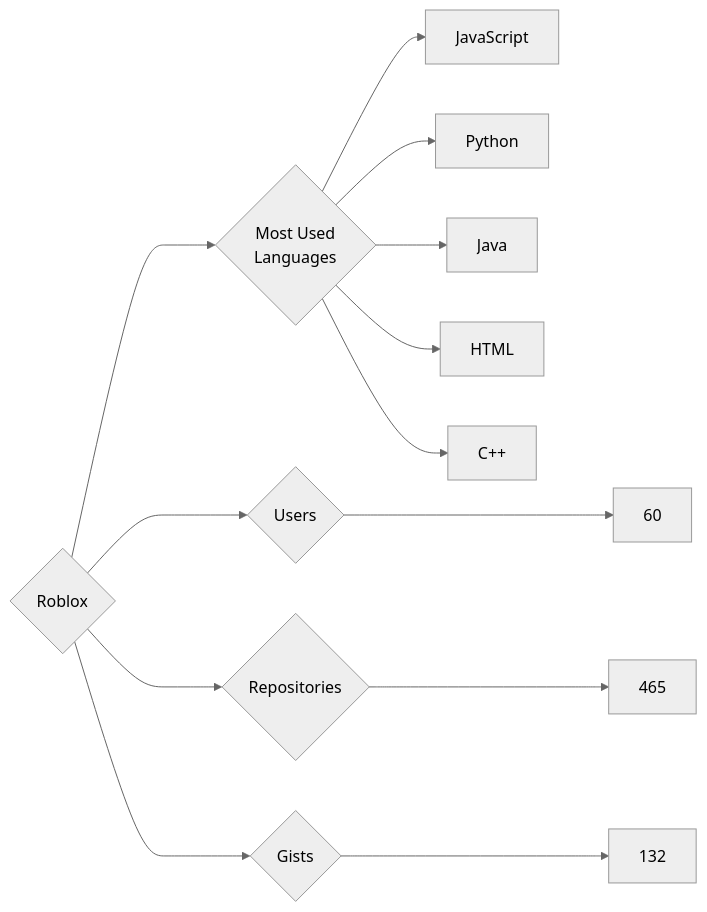
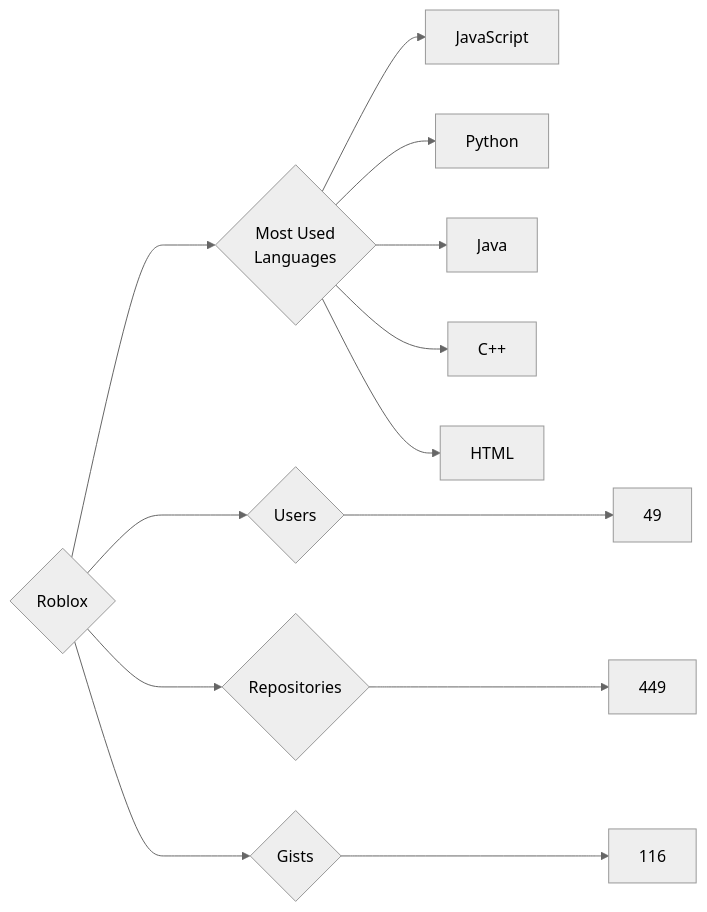
The diagram in targets/Roblox/README.md (trickest/insiders), drawn with Mermaid (neutral theme) before and after one commit. The commit also changed 939 other files, not shown here.

````diff
--- a/targets/Roblox/README.md
+++ b/targets/Roblox/README.md
@@ -3,13 +3,13 @@
 ```mermaid
 graph LR
 COMPANY_NAME{Roblox}
-COMPANY_NAME ---> U{Users} ---> UN[60]
-COMPANY_NAME ---> R{Repositories} ---> RN[465]
-COMPANY_NAME ---> G{Gists} ---> GN[132]
+COMPANY_NAME ---> U{Users} ---> UN[49]
+COMPANY_NAME ---> R{Repositories} ---> RN[449]
+COMPANY_NAME ---> G{Gists} ---> GN[116]
 COMPANY_NAME ---> ML{Most Used<br>Languages}
 ML --> JavaScript[JavaScript]
 ML --> Python[Python]
 ML --> Java[Java]
+ML --> C++[C++]
 ML --> HTML[HTML]
-ML --> C++[C++]
 ```
````
